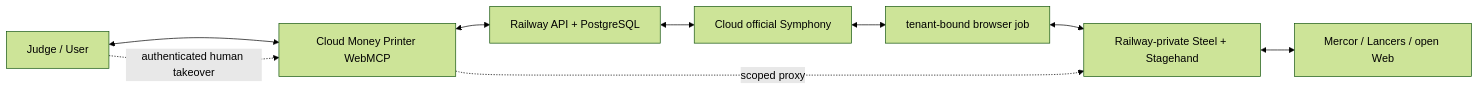
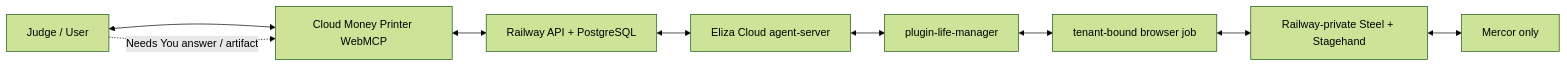
Before and after one commit to Daisuke134/anicca: the first of 2 diagrams in docs/superpowers/specs/2026-08-28-webmcp-challenge-winning-contract.md, drawn with Mermaid (forest theme). The commit also changed other lines of this file, not shown here.

First line of the commit message:
docs(webmcp): define Mercor minimal-human onboarding (#3610)

````diff
--- a/docs/superpowers/specs/2026-08-28-webmcp-challenge-winning-contract.md
+++ b/docs/superpowers/specs/2026-08-28-webmcp-challenge-winning-contract.md
@@ -474,11 +488,11 @@
 ```mermaid
 flowchart LR
   U[Judge / User] <--> MP[Cloud Money Printer WebMCP]
   MP <--> API[Railway API + PostgreSQL]
-  API <--> SYM[Cloud official Symphony]
-  SYM <--> BJ[tenant-bound browser job]
+  API <--> ELZ[Eliza Cloud agent-server]
+  ELZ <--> LM[plugin-life-manager]
+  LM <--> BJ[tenant-bound browser job]
   BJ <--> ST[Railway-private Steel + Stagehand]
-  ST <--> MER[Mercor / Lancers / open Web]
-  U -. authenticated human takeover .-> MP
-  MP -. scoped proxy .-> ST
+  ST <--> MER[Mercor only]
+  U -. Needs You answer / artifact .-> MP
 ```
````
